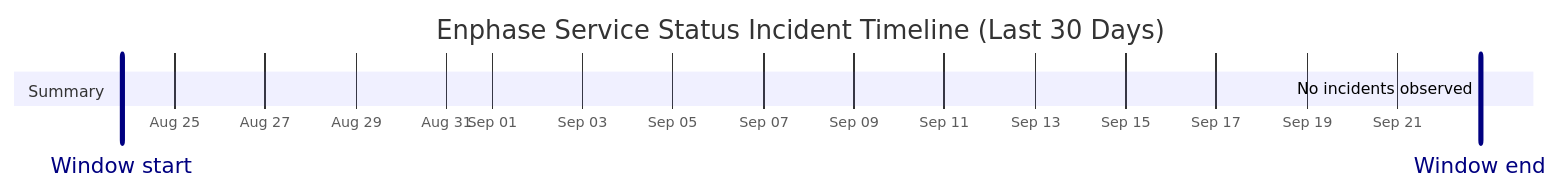
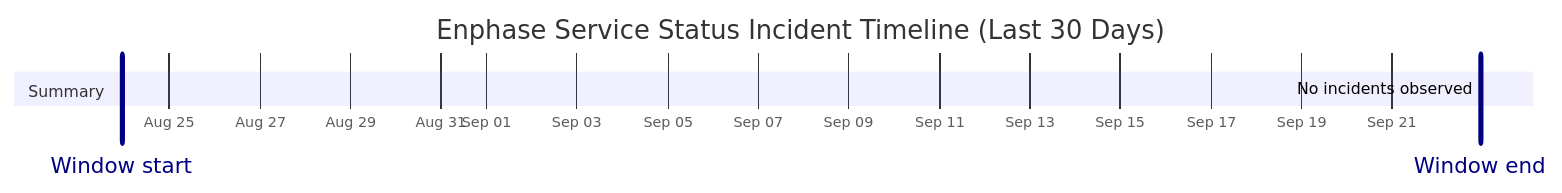
Before and after one commit to barneyonline/ha-enphase-energy: the diagram in wiki/Service-Status-History.md, drawn with Mermaid. The commit also changed other lines of this file and 3 other files, not shown here.

````diff
--- a/wiki/Service-Status-History.md
+++ b/wiki/Service-Status-History.md
@@ -14,10 +14,10 @@
 ```mermaid
 gantt
     title Enphase Service Status Incident Timeline (Last 30 Days)
     dateFormat  YYYY-MM-DDTHH:mm:ss
     axisFormat  %b %d
-    Window start :vert, window-start, 2026-08-23T19:50:23, 0ms
-    Window end :vert, window-end, 2026-09-22T19:50:23, 0ms
+    Window start :vert, window-start, 2026-08-23T22:44:00, 0ms
+    Window end :vert, window-end, 2026-09-22T22:44:00, 0ms
     section Summary
-    No incidents observed :done, 2026-09-22T19:50:23, 1m
+    No incidents observed :done, 2026-09-22T22:44:00, 1m
 ```
````
